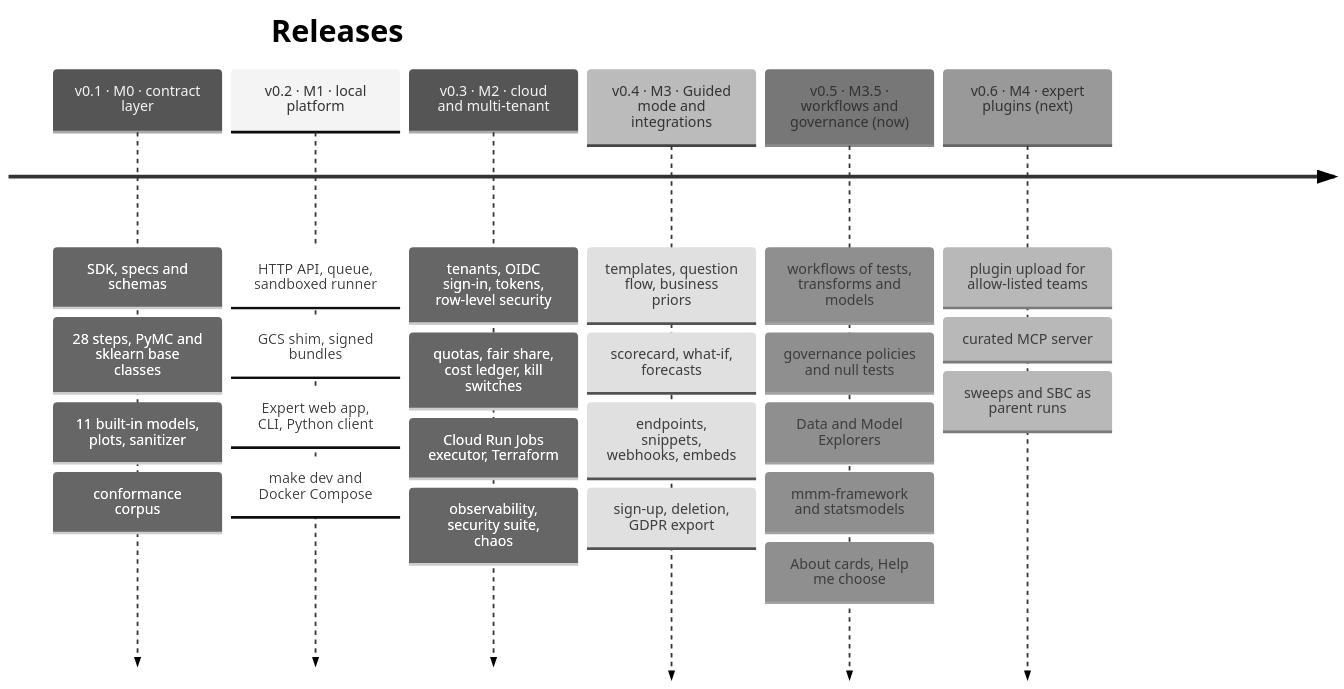
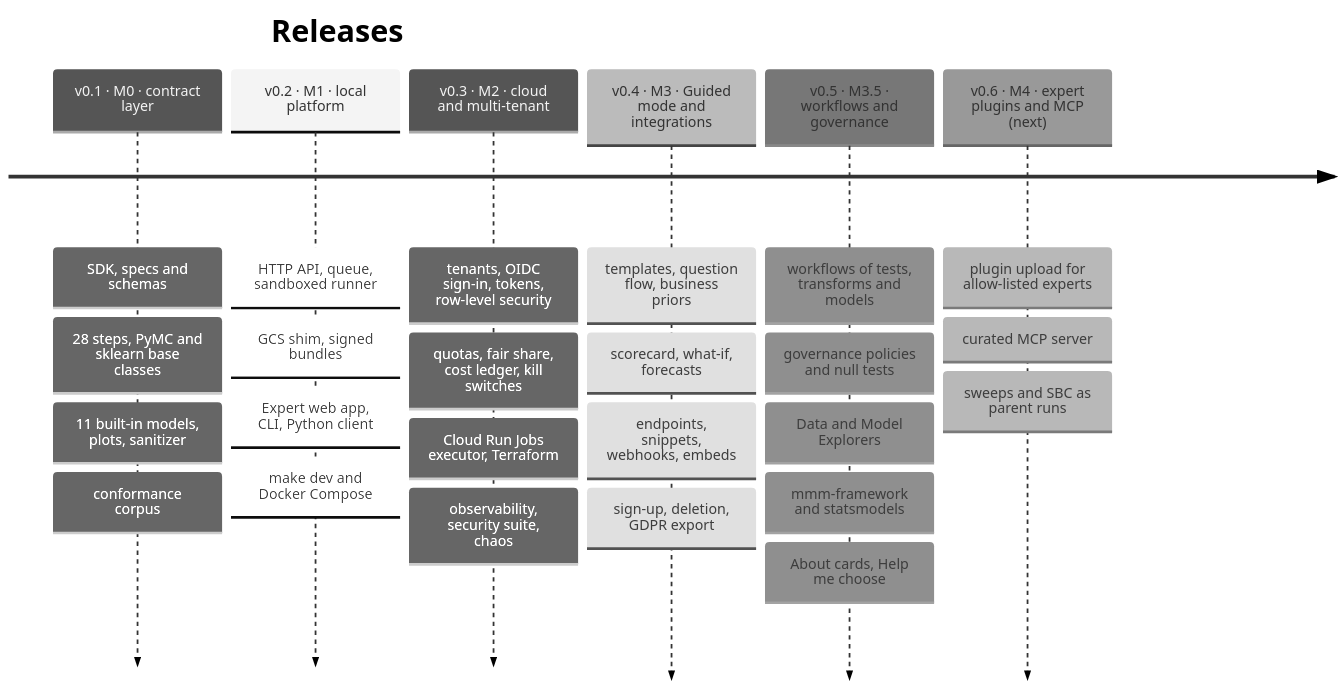
The diagram in docs/roadmap/index.md (redam94/modeling-api), drawn with Mermaid (neutral theme) before and after one commit. The commit also changed other lines of this file and 7 other files, not shown here.

First line of the commit message:
docs: the v0.5 landing page, Why, Use cases and roadmap

````diff
--- a/docs/roadmap/index.md
+++ b/docs/roadmap/index.md
@@ -8,10 +8,10 @@
 ```mermaid
 timeline
     title Releases
     v0.1 · M0 · contract layer : SDK, specs and schemas : 28 steps, PyMC and sklearn base classes : 11 built-in models, plots, sanitizer : conformance corpus
     v0.2 · M1 · local platform : HTTP API, queue, sandboxed runner : GCS shim, signed bundles : Expert web app, CLI, Python client : make dev and Docker Compose
     v0.3 · M2 · cloud and multi-tenant : tenants, OIDC sign-in, tokens, row-level security : quotas, fair share, cost ledger, kill switches : Cloud Run Jobs executor, Terraform : observability, security suite, chaos
     v0.4 · M3 · Guided mode and integrations : templates, question flow, business priors : scorecard, what-if, forecasts : endpoints, snippets, webhooks, embeds : sign-up, deletion, GDPR export
-    v0.5 · M3.5 · workflows and governance (now) : workflows of tests, transforms and models : governance policies and null tests : Data and Model Explorers : mmm-framework and statsmodels : About cards, Help me choose
-    v0.6 · M4 · expert plugins (next) : plugin upload for allow-listed teams : curated MCP server : sweeps and SBC as parent runs
+    v0.5 · M3.5 · workflows and governance : workflows of tests, transforms and models : governance policies and null tests : Data and Model Explorers : mmm-framework and statsmodels : About cards, Help me choose
+    v0.6 · M4 · expert plugins and MCP (next) : plugin upload for allow-listed experts : curated MCP server : sweeps and SBC as parent runs
 ```
````
